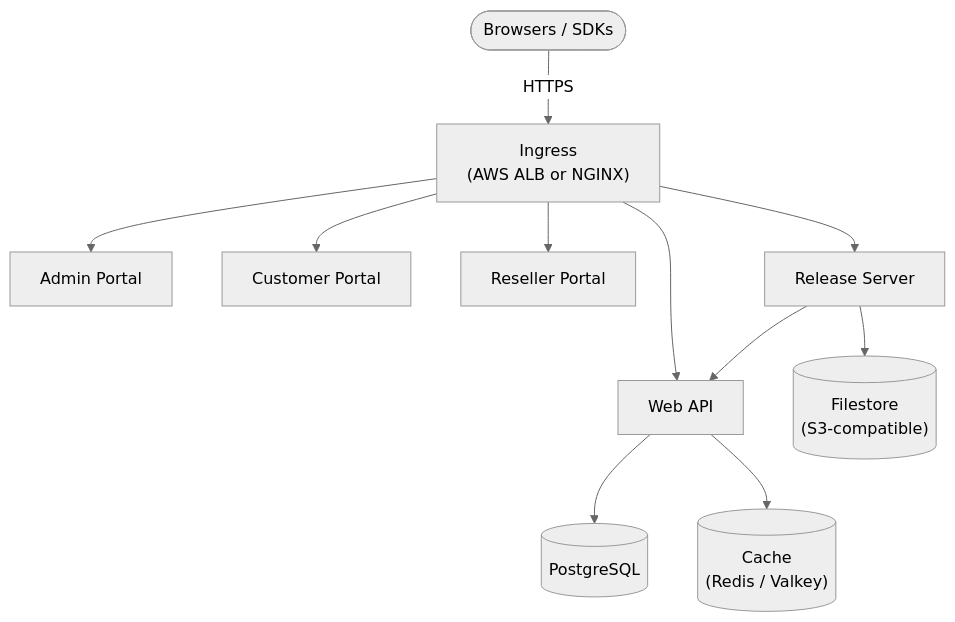
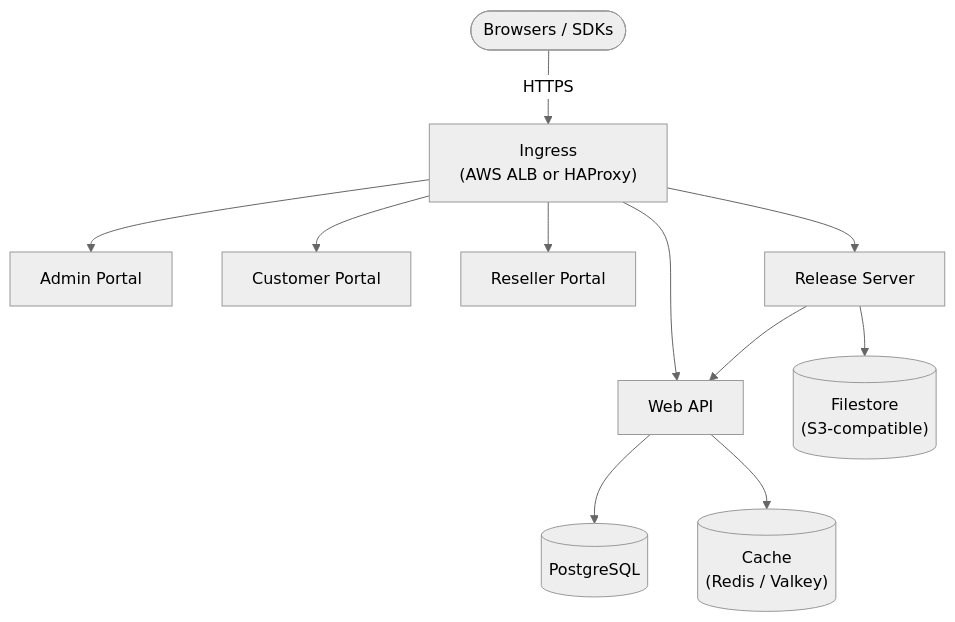
Before and after one commit to cryptlex/helm-charts: the diagram in README.md, drawn with Mermaid (neutral theme). The commit also changed other lines of this file, not shown here.

Commit message:
docs: document haproxy ingress and deprecate nginx

````diff
--- a/README.md
+++ b/README.md
@@ -9,15 +9,15 @@
 ```mermaid
 flowchart TB
-    clients([Browsers / SDKs]) -- HTTPS --> ingress["Ingress<br>(AWS ALB or NGINX)"]
+    clients([Browsers / SDKs]) -- HTTPS --> ingress["Ingress<br>(AWS ALB or HAProxy)"]
 
     ingress --> api[Web API]
     ingress --> admin[Admin Portal]
     ingress --> customer[Customer Portal]
     ingress --> reseller[Reseller Portal]
     ingress --> release[Release Server]
 
     api --> db[("PostgreSQL")]
     api --> cache[("Cache<br>(Redis / Valkey)")]
     release --> api
     release --> store[("Filestore<br>(S3-compatible)")]
 ```
````
